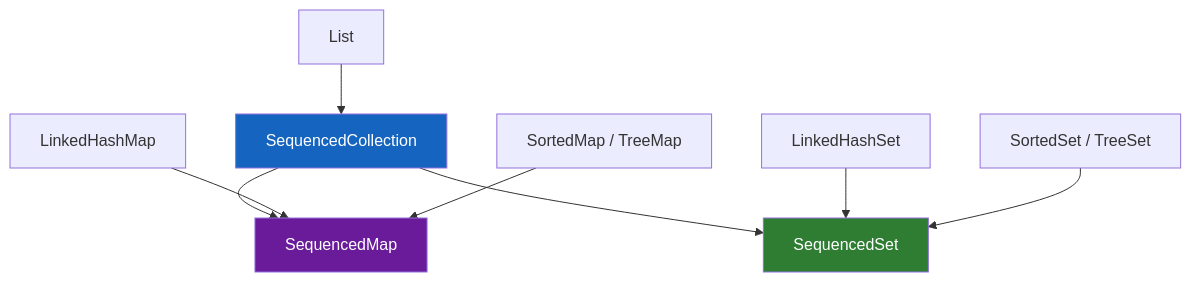
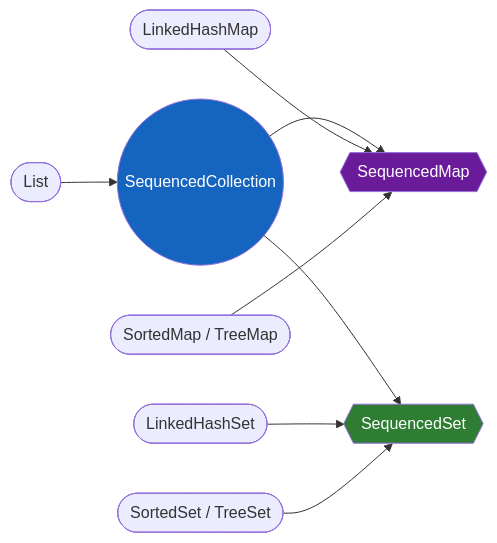
Before and after one commit to saivamsikaruturi/vamsilabs-dev-notes-main: the sixth of 6 diagrams in docs/java/ModernJava.md, drawn with Mermaid. The commit also changed other lines of this file and 146 other files, not shown here.

Commit message:
Horizontal diagrams, UML class diagrams, typography overhaul, and permalink cleanup

````diff
--- a/docs/java/ModernJava.md
+++ b/docs/java/ModernJava.md
@@ -487,16 +491,16 @@
 ```mermaid
-graph TD
-    SC["SequencedCollection"]
-    SC --> SM["SequencedMap"]
-    SC --> SS["SequencedSet"]
+flowchart LR
+    SC(("SequencedCollection"))
+    SC --> SM{{"SequencedMap"}}
+    SC --> SS{{"SequencedSet"}}
 
-    List["List"] --> SC
-    LinkedHashSet["LinkedHashSet"] --> SS
-    SortedSet["SortedSet / TreeSet"] --> SS
-    LinkedHashMap["LinkedHashMap"] --> SM
-    SortedMap["SortedMap / TreeMap"] --> SM
+    List(["List"]) --> SC
+    LinkedHashSet(["LinkedHashSet"]) --> SS
+    SortedSet(["SortedSet / TreeSet"]) --> SS
+    LinkedHashMap(["LinkedHashMap"]) --> SM
+    SortedMap(["SortedMap / TreeMap"]) --> SM
 
     style SC fill:#1565C0,color:#fff
     style SM fill:#6A1B9A,color:#fff
     style SS fill:#2E7D32,color:#fff
 ```
````
